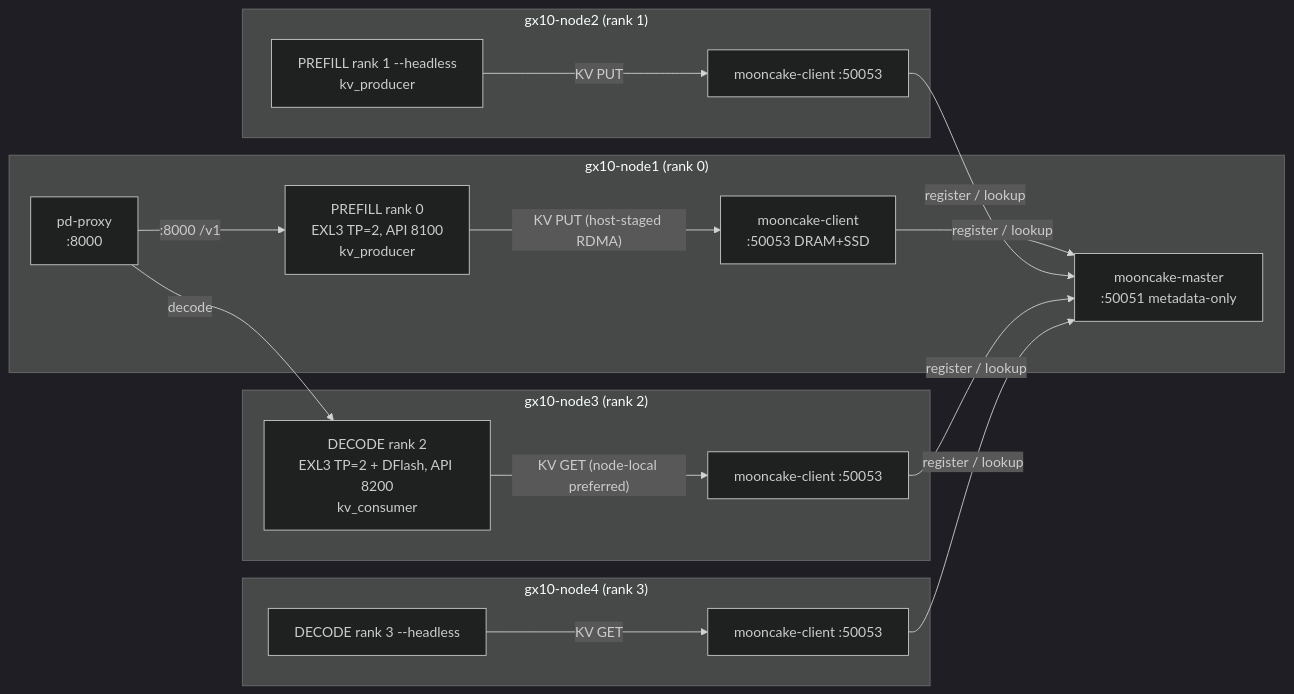
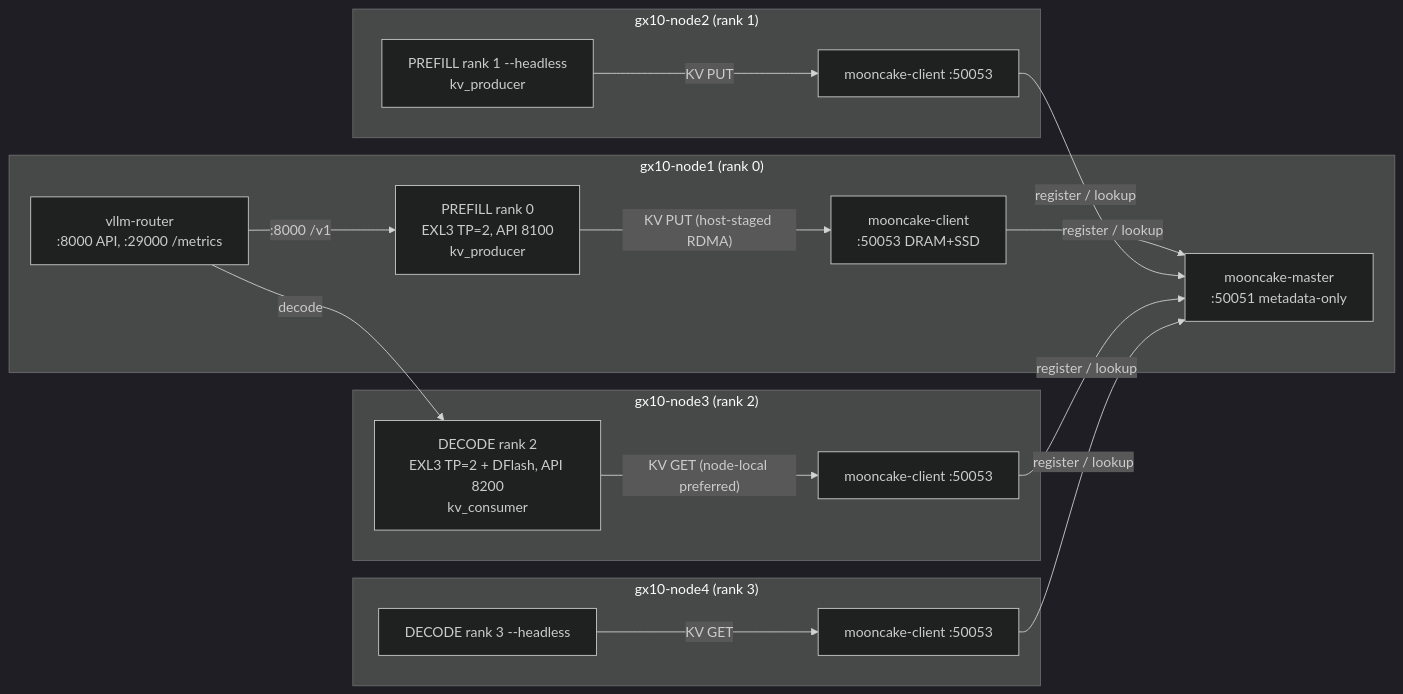
The diagram in mods/pd-disagg/README.md (jpfulton-fultonengineeringservices/spark-vllm-docker), drawn with Mermaid (dark theme) before and after one commit. The commit also changed other lines of this file and 1 other file, not shown here.

````diff
--- a/mods/pd-disagg/README.md
+++ b/mods/pd-disagg/README.md
@@ -27,28 +30,28 @@
 ```mermaid
 flowchart LR
   subgraph N1["gx10-node1 (rank 0)"]
     P0["PREFILL rank 0<br/>EXL3 TP=2, API 8100<br/>kv_producer"]
     MM["mooncake-master<br/>:50051 metadata-only"]
     MC1["mooncake-client<br/>:50053 DRAM+SSD"]
-    PX["pd-proxy<br/>:8000"]
+    RT["vllm-router<br/>:8000 API, :29000 /metrics"]
   end
   subgraph N2["gx10-node2 (rank 1)"]
     P1["PREFILL rank 1 --headless<br/>kv_producer"]
     MC2["mooncake-client :50053"]
   end
   subgraph N3["gx10-node3 (rank 2)"]
     D2["DECODE rank 2<br/>EXL3 TP=2 + DFlash, API 8200<br/>kv_consumer"]
     MC3["mooncake-client :50053"]
   end
   subgraph N4["gx10-node4 (rank 3)"]
     D3["DECODE rank 3 --headless"]
     MC4["mooncake-client :50053"]
   end
-  PX -->|:8000 /v1| P0
-  PX -->|decode| D2
+  RT -->|:8000 /v1| P0
+  RT -->|decode| D2
   P0 -->|"KV PUT (host-staged RDMA)"| MC1
   P1 -->|"KV PUT"| MC2
   D2 -->|"KV GET (node-local preferred)"| MC3
   D3 -->|"KV GET"| MC4
   MC1 & MC2 & MC3 & MC4 -->|"register / lookup"| MM
 ```
````
